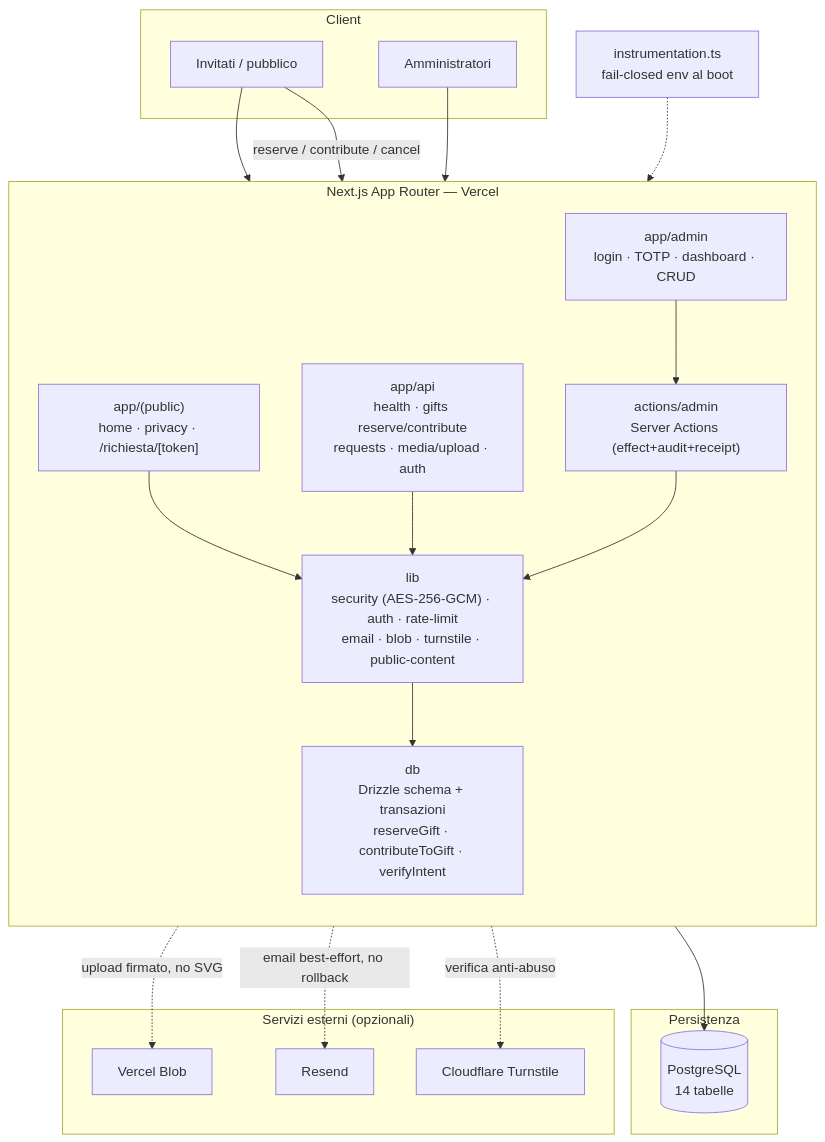
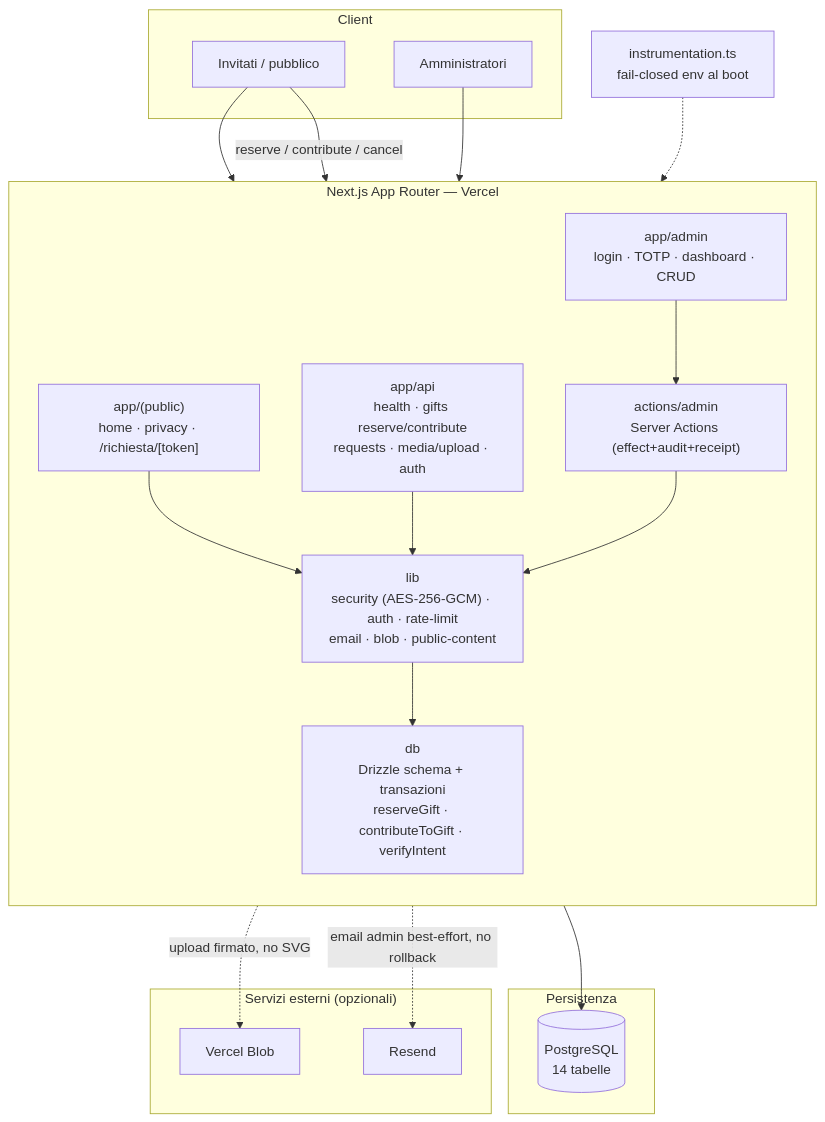
One commit to gabrielesanticchi/giuliaegabriele.love changed the first of 2 diagrams in README.md. Above: the diagram before and after it, drawn with Mermaid. The commit also changed other lines of this file and 31 other files, not shown here.

````diff
--- a/README.md
+++ b/README.md
@@ -103,42 +104,40 @@
 ```mermaid
 flowchart TB
   subgraph client["Client"]
     G["Invitati / pubblico"]
     ADMU["Amministratori"]
   end
 
   subgraph next["Next.js App Router — Vercel"]
     direction TB
     PUB["app/(public)<br/>home · privacy · /richiesta/[token]"]
     ADM["app/admin<br/>login · TOTP · dashboard · CRUD"]
     API["app/api<br/>health · gifts reserve/contribute<br/>requests · media/upload · auth"]
     SA["actions/admin<br/>Server Actions (effect+audit+receipt)"]
-    LIB["lib<br/>security (AES-256-GCM) · auth · rate-limit<br/>email · blob · turnstile · public-content"]
+    LIB["lib<br/>security (AES-256-GCM) · auth · rate-limit<br/>email · blob · public-content"]
     DBX["db<br/>Drizzle schema + transazioni<br/>reserveGift · contributeToGift · verifyIntent"]
   end
 
   subgraph data["Persistenza"]
     PG[("PostgreSQL<br/>14 tabelle")]
   end
 
   subgraph ext["Servizi esterni (opzionali)"]
     BLOB["Vercel Blob"]
     RESEND["Resend"]
-    TS["Cloudflare Turnstile"]
   end
 
   G --> PUB
   G -->|reserve / contribute / cancel| API
   ADMU --> ADM
   ADM --> SA
   PUB --> LIB
   API --> LIB
   SA --> LIB
   LIB --> DBX
   DBX --> PG
   LIB -.->|upload firmato, no SVG| BLOB
-  LIB -.->|email best-effort, no rollback| RESEND
-  API -.->|verifica anti-abuso| TS
+  LIB -.->|email admin best-effort, no rollback| RESEND
 
   instr["instrumentation.ts<br/>fail-closed env al boot"] -.-> next
 ```
````
